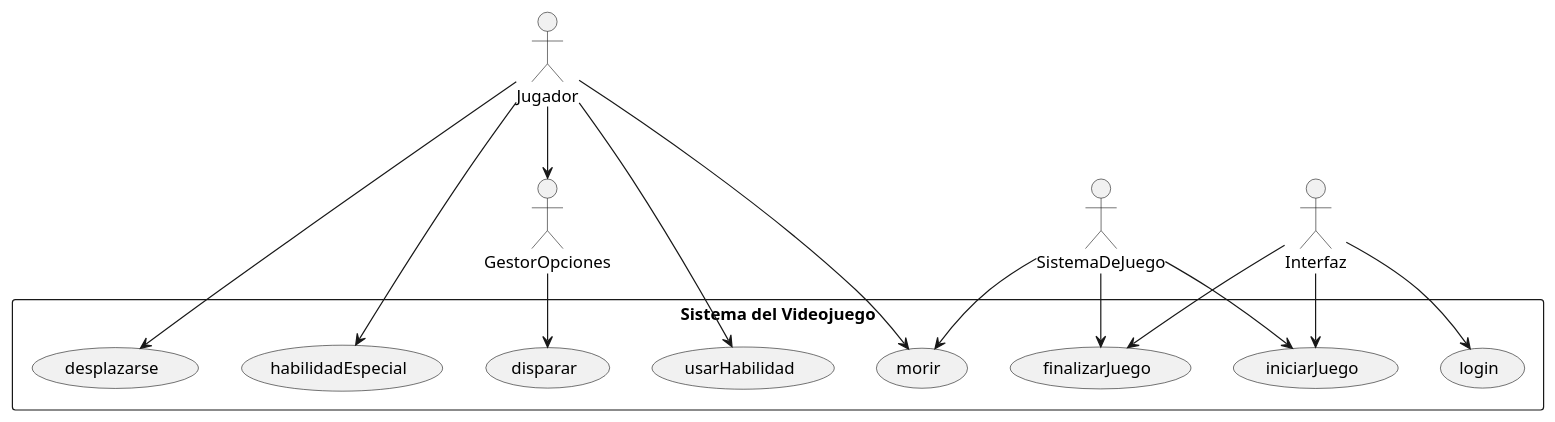
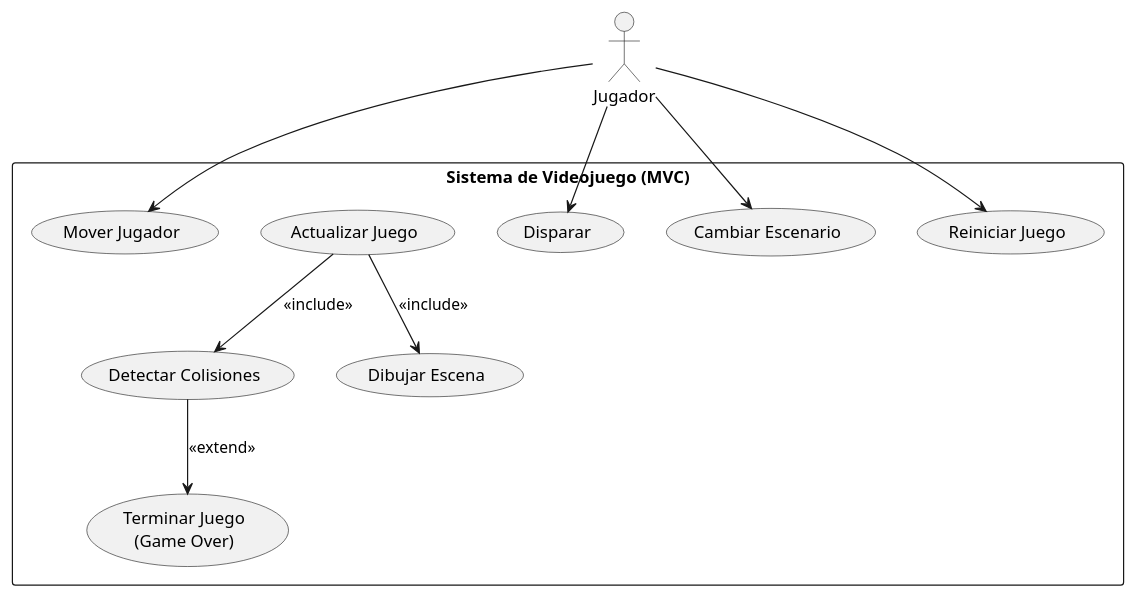
Before and after one commit to ASJF996/prj_flet_2025B: the diagram in Diagramas/casosduso.puml, drawn with PlantUML. The commit also changed 1 other file, not shown here.

Commit message:
Mejoré los diagramas de clases y casos de uso

```diff
--- a/Diagramas/casosduso.puml
+++ b/Diagramas/casosduso.puml
@@ -1,35 +1,28 @@
 @startuml
 
-actor Jugador
-actor Interfaz
-actor SistemaDeJuego
-actor GestorOpciones
+actor Jugador as Player
 
-rectangle "Sistema del Videojuego" {
-  usecase "login"
-  usecase "iniciarJuego"
-  usecase "finalizarJuego"
-  usecase "disparar"
-  usecase "usarHabilidad"
-  usecase "desplazarse"
-  usecase "morir"
-  usecase "habilidadEspecial"
+rectangle "Sistema de Videojuego (MVC)" {
+
+    usecase "Mover Jugador" as UC_Mover
+    usecase "Disparar" as UC_Disparar
+    usecase "Cambiar Escenario" as UC_CambiarEscenario
+    usecase "Actualizar Juego" as UC_Actualizar
+    usecase "Detectar Colisiones" as UC_Colisiones
+    usecase "Dibujar Escena" as UC_Dibujar
+    usecase "Reiniciar Juego" as UC_Reiniciar
+    usecase "Terminar Juego\n(Game Over)" as UC_GameOver
+
+    ' Relaciones internas del sistema
+    UC_Actualizar --> UC_Colisiones : <<include>>
+    UC_Actualizar --> UC_Dibujar : <<include>>
+    UC_Colisiones --> UC_GameOver : <<extend>>
 }
 
-Jugador --> "usarHabilidad"
-Jugador --> "desplazarse"
-Jugador --> "habilidadEspecial"
-Jugador --> "morir"
-
-Interfaz --> "login"
-Interfaz --> "iniciarJuego"
-Interfaz --> "finalizarJuego"
-
-SistemaDeJuego --> "morir"
-SistemaDeJuego --> "iniciarJuego"
-SistemaDeJuego --> "finalizarJuego"
-
-GestorOpciones --> "disparar"
-Jugador --> GestorOpciones
+' Relaciones del actor con el sistema
+Player --> UC_Mover
+Player --> UC_Disparar
+Player --> UC_CambiarEscenario
+Player --> UC_Reiniciar
 
 @enduml
```
